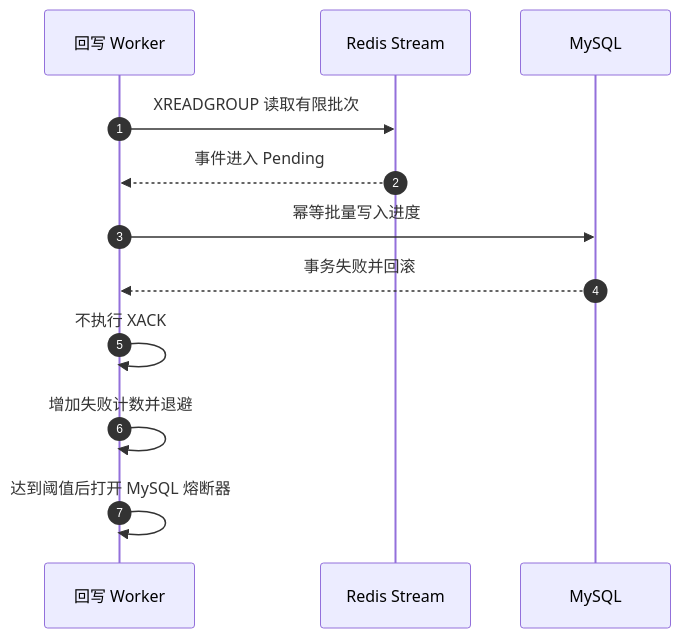
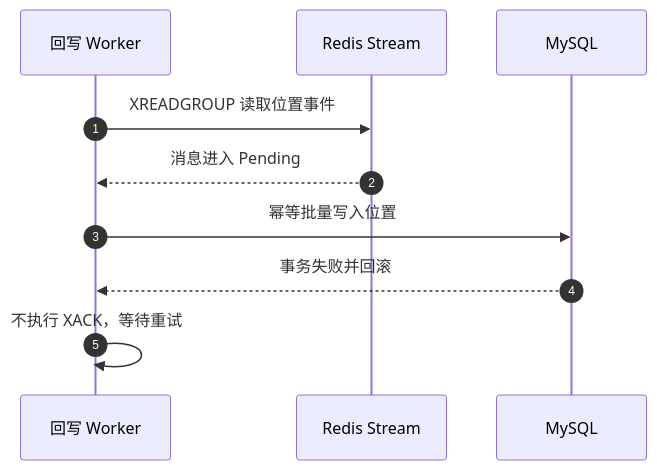
Before and after one commit to zdl20251023-pixel/agent-frame: diagram 26 of 27 in docs/redis/126-redis-4种缓存模式-分享版-极简版.md, drawn with Mermaid. The commit also changed other lines of this file, not shown here.

Commit message:
redis 四大缓存模式 简化版本

````diff
--- a/docs/redis/126-redis-4种缓存模式-分享版-极简版.md
+++ b/docs/redis/126-redis-4种缓存模式-分享版-极简版.md
@@ -1219,17 +1312,14 @@
 ```mermaid
 sequenceDiagram
     autonumber
+
     participant Worker as 回写 Worker
     participant Redis as Redis Stream
     participant MySQL as MySQL
 
-    Worker->>Redis: XREADGROUP 读取有限批次
-    Redis-->>Worker: 事件进入 Pending
-
-    Worker->>MySQL: 幂等批量写入进度
+    Worker->>Redis: XREADGROUP 读取位置事件
+    Redis-->>Worker: 消息进入 Pending
+    Worker->>MySQL: 幂等批量写入位置
     MySQL-->>Worker: 事务失败并回滚
-
-    Worker->>Worker: 不执行 XACK
-    Worker->>Worker: 增加失败计数并退避
-    Worker->>Worker: 达到阈值后打开 MySQL 熔断器
+    Worker->>Worker: 不执行 XACK，等待重试
 ```
````
